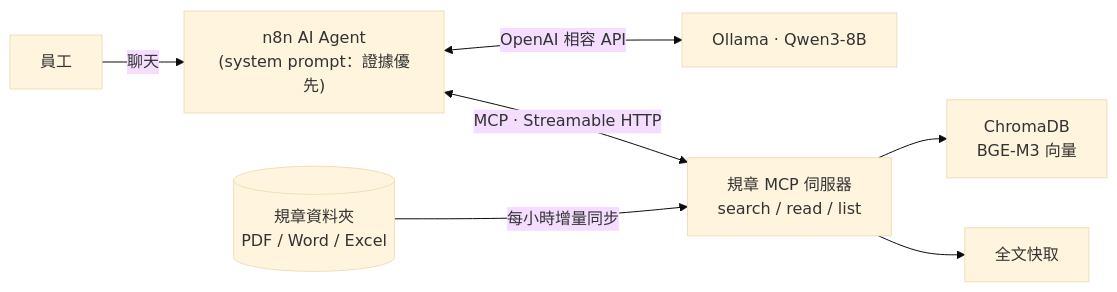
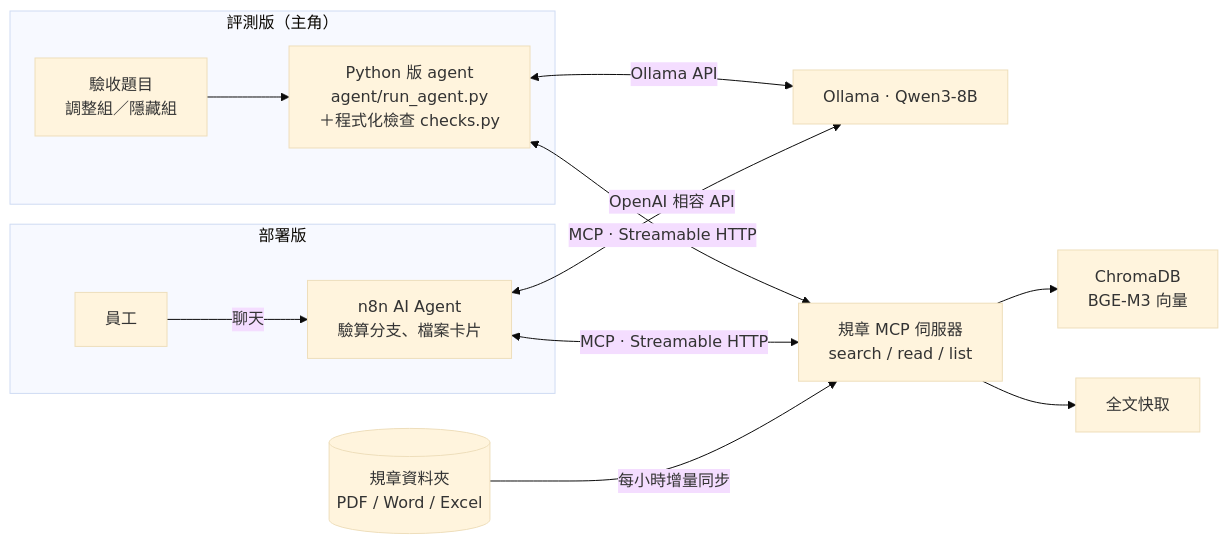
Before and after one commit to didiwannasleep0117/policy-agent-demo: the diagram in README.md, drawn with Mermaid (base theme). The commit also changed other lines of this file and 2 other files, not shown here.

Commit message:
docs: README 重整（主角＝Python 版 agent、雙路線架構圖、隱藏組說明），改善前後完整表格移到 docs/harness.md；加 MIT LICENSE

````diff
--- a/README.md
+++ b/README.md
@@ -55,9 +27,16 @@
 ```mermaid
 flowchart LR
-    U[員工] -->|聊天| N8N["n8n AI Agent<br/>(system prompt：證據優先)"]
-    N8N <-->|OpenAI 相容 API| LLM["Ollama · Qwen3-8B"]
-    N8N <-->|MCP · Streamable HTTP| MCP["規章 MCP 伺服器<br/>search / read / list"]
+    subgraph EVAL["評測版（主角）"]
+        Q["驗收題目<br/>調整組／隱藏組"] --> PY["Python 版 agent<br/>agent/run_agent.py<br/>＋程式化檢查 checks.py"]
+    end
+    subgraph DEPLOY["部署版"]
+        U[員工] -->|聊天| N8N["n8n AI Agent<br/>驗算分支、檔案卡片"]
+    end
+    PY <-->|Ollama API| LLM["Ollama · Qwen3-8B"]
+    N8N <-->|OpenAI 相容 API| LLM
+    PY <-->|MCP · Streamable HTTP| MCP["規章 MCP 伺服器<br/>search / read / list"]
+    N8N <-->|MCP · Streamable HTTP| MCP
     MCP --> IDX["ChromaDB<br/>BGE-M3 向量"]
     MCP --> CACHE["全文快取"]
     DOCS[("規章資料夾<br/>PDF / Word / Excel")] -->|每小時增量同步| MCP
 ```
````
